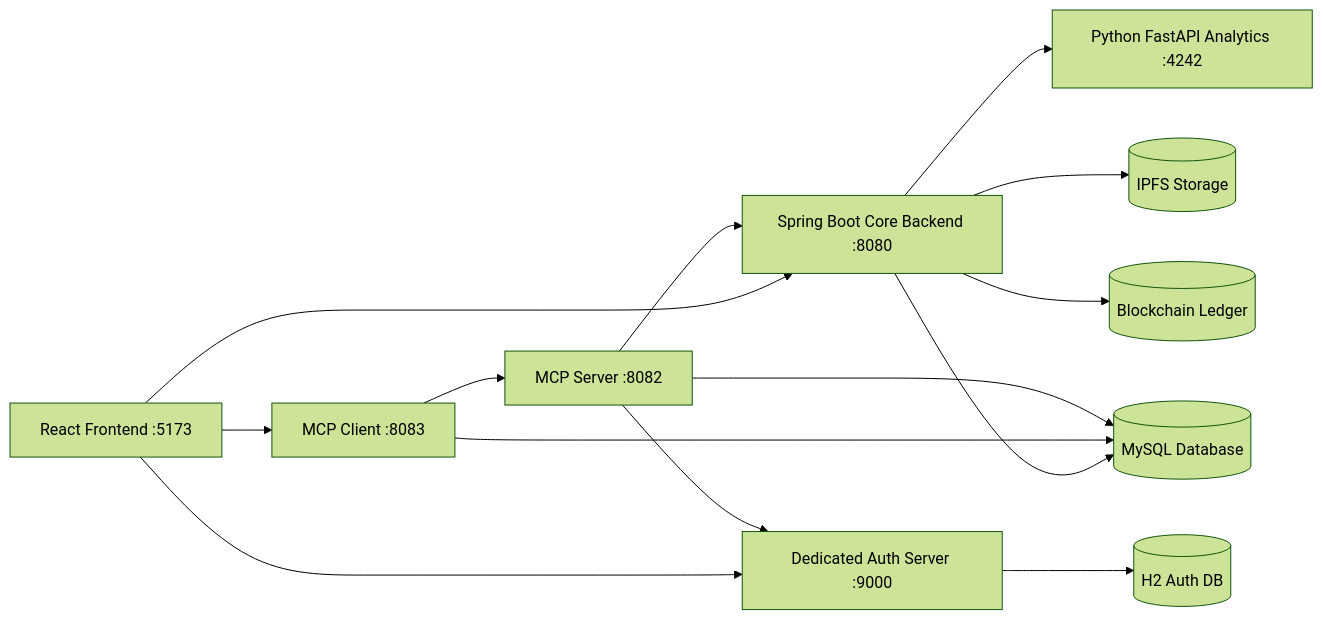
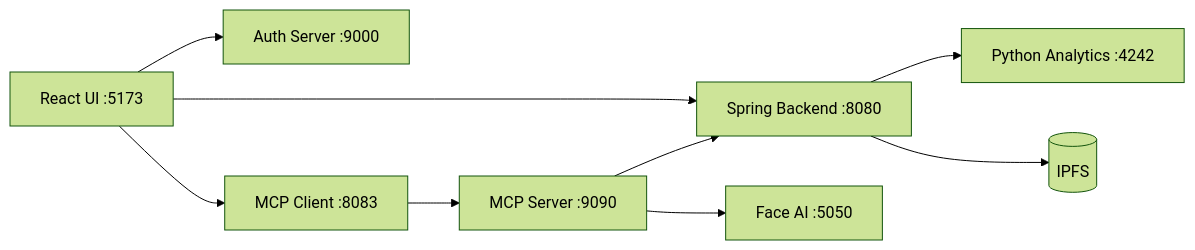
One commit to malcolm-cephas/Medical-IoT changed the second of 7 diagrams in README.md. Above: the diagram before and after it, drawn with Mermaid (forest theme). The commit also changed other lines of this file and 21 other files, not shown here.

````diff
--- a/README.md
+++ b/README.md
@@ -281,34 +81,13 @@
 ```mermaid
 flowchart LR
+    Frontend[React UI :5173] --> CoreAPI[Spring Backend :8080]
+    Frontend --> AuthServer[Auth Server :9000]
+    Frontend --> MCPClient[MCP Client :8083]
 
-Frontend[React Frontend :5173]
-
-CoreAPI[Spring Boot Core Backend :8080]
-AuthServer[Dedicated Auth Server :9000]
-
-Analytics[Python FastAPI Analytics :4242]
-
-MCPClient[MCP Client :8083]
-MCPServer[MCP Server :8082]
-
-MySQL[(MySQL Database)]
-H2[(H2 Auth DB)]
-IPFS[(IPFS Storage)]
-Ledger[(Blockchain Ledger)]
-
-Frontend --> CoreAPI
-Frontend --> AuthServer
-Frontend --> MCPClient
-
-AuthServer --> H2
-CoreAPI --> MySQL
-CoreAPI --> Analytics
-CoreAPI --> IPFS
-CoreAPI --> Ledger
-
-MCPClient --> MCPServer
-MCPClient --> MySQL
-MCPServer --> CoreAPI
-MCPServer --> MySQL
-MCPServer --> AuthServer
+    CoreAPI --> Analytics[Python Analytics :4242]
+    CoreAPI --> IPFS[(IPFS)]
+    
+    MCPClient --> MCPServer[MCP Server :9090]
+    MCPServer --> CoreAPI
+    MCPServer --> FaceService[Face AI :5050]
 ```
````
